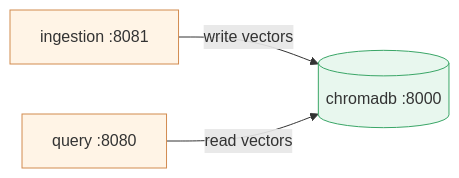
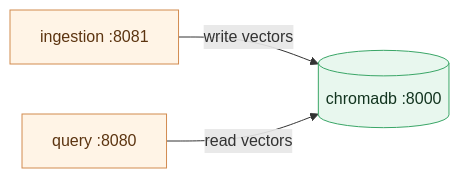
The first of 2 diagrams in chapter_4/l4/README.md (LinkedInLearning/docker-for-local-ai-app-development-build-lightweight-containerized-ai-applications-11189001), drawn with Mermaid before and after one commit. The commit also changed other lines of this file and 25 other files, not shown here.

````diff
--- a/chapter_4/l4/README.md
+++ b/chapter_4/l4/README.md
@@ -26,10 +26,10 @@
 ```mermaid
 flowchart LR
     I["ingestion :8081"] -->|write vectors| DB[("chromadb :8000")]
     Q["query :8080"] -->|read vectors| DB
 
-    classDef svc fill:#fff4e6,stroke:#d28b4f,stroke-width:1px;
-    classDef store fill:#e8f7ee,stroke:#3aa667,stroke-width:1px;
+    classDef svc fill:#fff4e6,stroke:#d28b4f,stroke-width:1px,color:#5c3410;
+    classDef store fill:#e8f7ee,stroke:#3aa667,stroke-width:1px,color:#12341f;
     class I,Q svc;
     class DB store;
 ```
````
